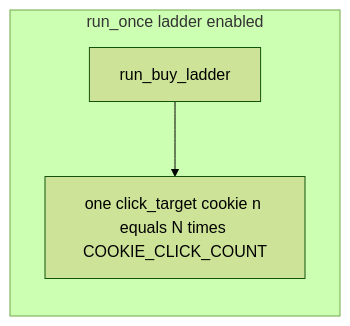
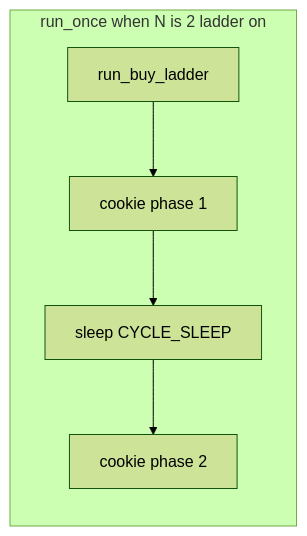
The diagram in docs/osx/plans/plan-014-macos-mouse-click-loop-cookie-before-ladder.md (glblackburn/pub-bin), drawn with Mermaid (forest theme) before and after one commit. The commit also changed other lines of this file and 10 other files, not shown here.

````diff
--- a/docs/osx/plans/plan-014-macos-mouse-click-loop-cookie-before-ladder.md
+++ b/docs/osx/plans/plan-014-macos-mouse-click-loop-cookie-before-ladder.md
@@ -38,8 +23,10 @@
 ```mermaid
 flowchart LR
-  subgraph proposed [run_once ladder enabled]
+  subgraph phased [run_once when N is 2 ladder on]
     L2[run_buy_ladder]
-    C1["one click_target cookie n equals N times COOKIE_CLICK_COUNT"]
-    L2 --> C1
+    C1[cookie phase 1]
+    S1[sleep CYCLE_SLEEP]
+    C2[cookie phase 2]
+    L2 --> C1 --> S1 --> C2
   end
 ```
````
